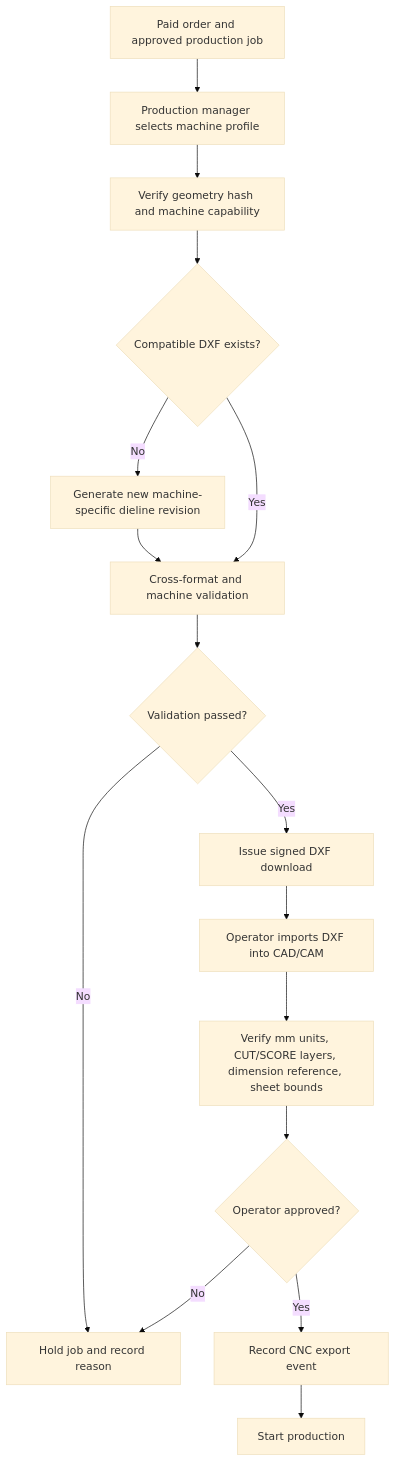
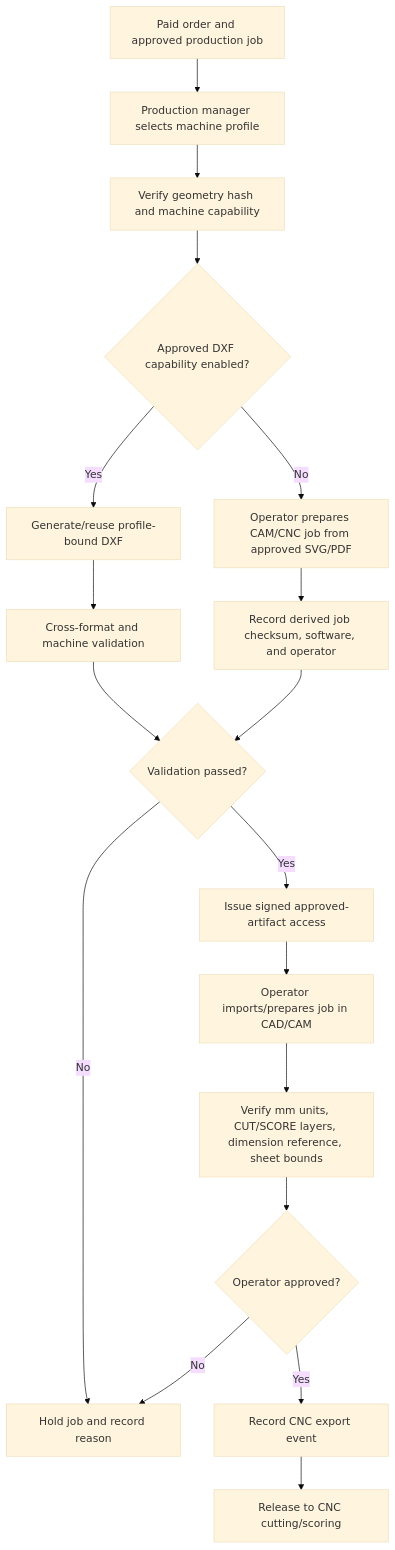
One commit to ochooma/packerz-frontend changed diagram 12 of 15 in docs/ARCHITECTURE.md. Above: the diagram before and after it, drawn with Mermaid (base theme). The commit also changed other lines of this file and 34 other files, not shown here.

````diff
--- a/docs/ARCHITECTURE.md
+++ b/docs/ARCHITECTURE.md
@@ -759,18 +888,20 @@
 ```mermaid
 flowchart TD
     A["Paid order and approved production job"] --> B["Production manager selects machine profile"]
     B --> C["Verify geometry hash and machine capability"]
-    C --> D{"Compatible DXF exists?"}
-    D -- "No" --> E["Generate new machine-specific dieline revision"]
+    C --> D{"Approved DXF capability enabled?"}
+    D -- "Yes" --> E["Generate/reuse profile-bound DXF"]
+    D -- "No" --> M0["Operator prepares CAM/CNC job from approved SVG/PDF"]
     E --> F["Cross-format and machine validation"]
-    D -- "Yes" --> F
+    M0 --> M1["Record derived job checksum, software, and operator"]
     F --> G{"Validation passed?"}
+    M1 --> G
     G -- "No" --> H["Hold job and record reason"]
-    G -- "Yes" --> I["Issue signed DXF download"]
-    I --> J["Operator imports DXF into CAD/CAM"]
+    G -- "Yes" --> I["Issue signed approved-artifact access"]
+    I --> J["Operator imports/prepares job in CAD/CAM"]
     J --> K["Verify mm units, CUT/SCORE layers, dimension reference, sheet bounds"]
     K --> L{"Operator approved?"}
     L -- "No" --> H
     L -- "Yes" --> M["Record CNC export event"]
-    M --> N["Start production"]
+    M --> N["Release to CNC cutting/scoring"]
 ```
````
